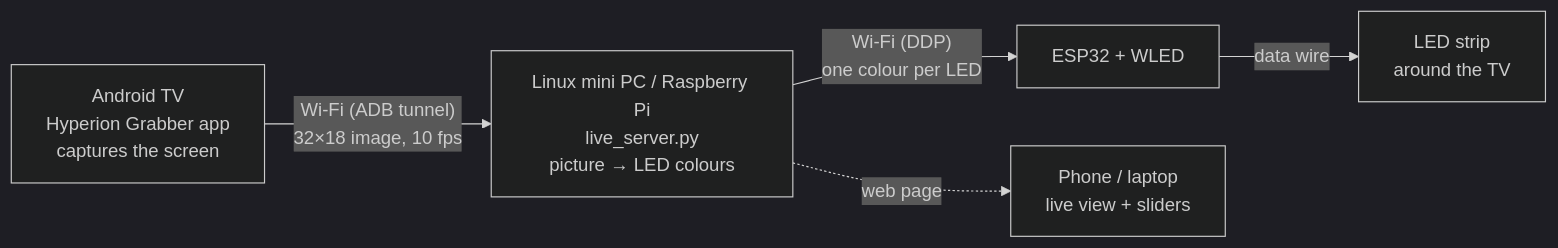
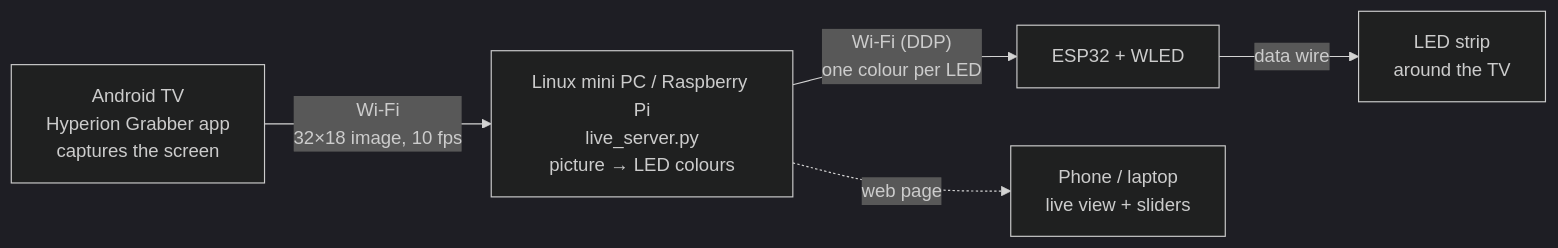
The diagram in README.md (AkshayKargaonkar/tv-ambilight), drawn with Mermaid (dark theme) before and after one commit. The commit also changed other lines of this file and 2 other files, not shown here.

First line of the commit message:
Cut LED latency: direct Wi-Fi frames and faster smoothing

````diff
--- a/README.md
+++ b/README.md
@@ -12,7 +12,7 @@
 ```mermaid
 flowchart LR
-    TV["Android TV<br/>Hyperion Grabber app<br/>captures the screen"] -- "Wi-Fi (ADB tunnel)<br/>32×18 image, 10 fps" --> PC["Linux mini PC / Raspberry Pi<br/>live_server.py<br/>picture → LED colours"]
+    TV["Android TV<br/>Hyperion Grabber app<br/>captures the screen"] -- "Wi-Fi<br/>32×18 image, 10 fps" --> PC["Linux mini PC / Raspberry Pi<br/>live_server.py<br/>picture → LED colours"]
     PC -- "Wi-Fi (DDP)<br/>one colour per LED" --> ESP["ESP32 + WLED"]
     ESP -- "data wire" --> LED["LED strip<br/>around the TV"]
     PC -. "web page" .-> YOU["Phone / laptop<br/>live view + sliders"]
 ```
````
